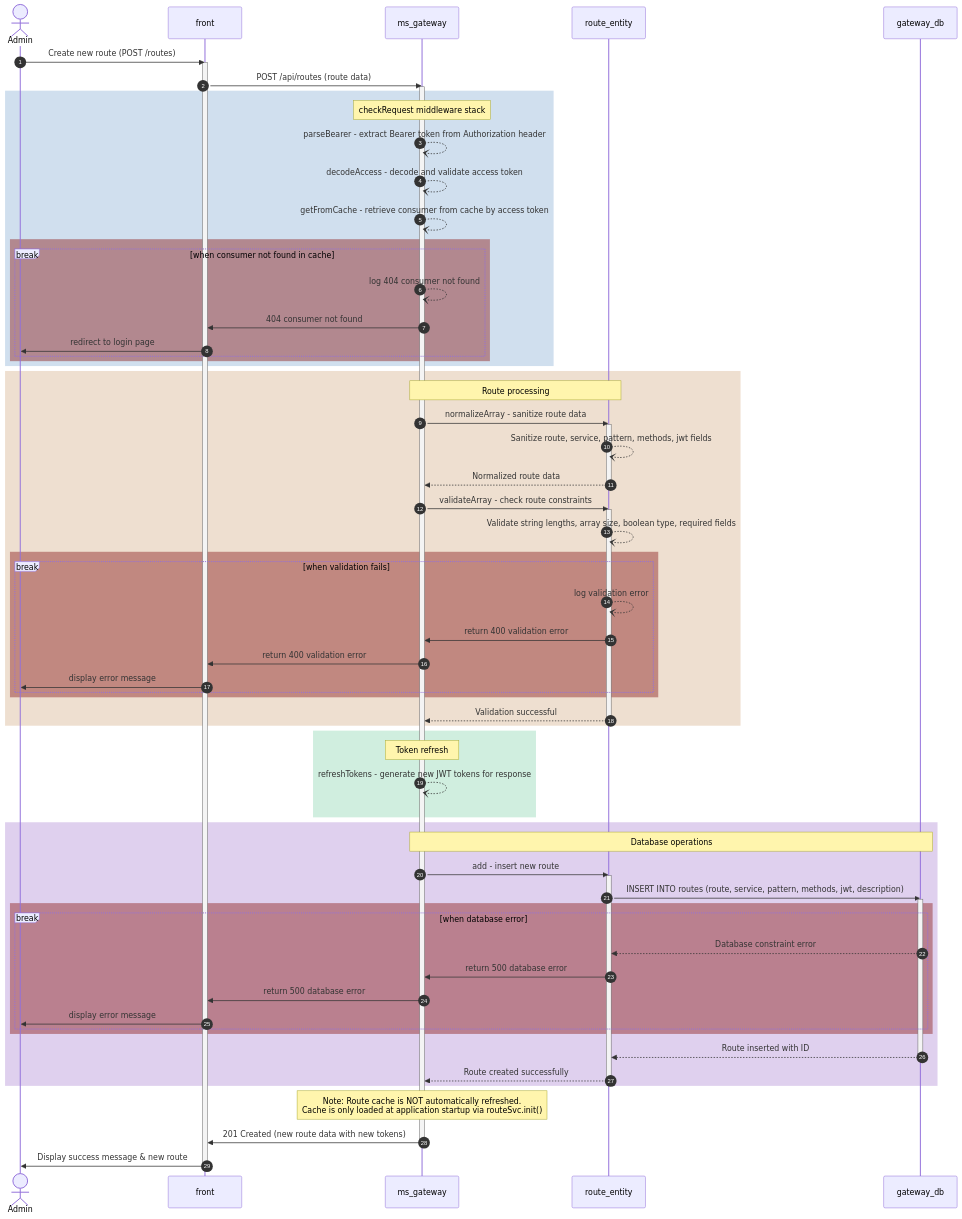
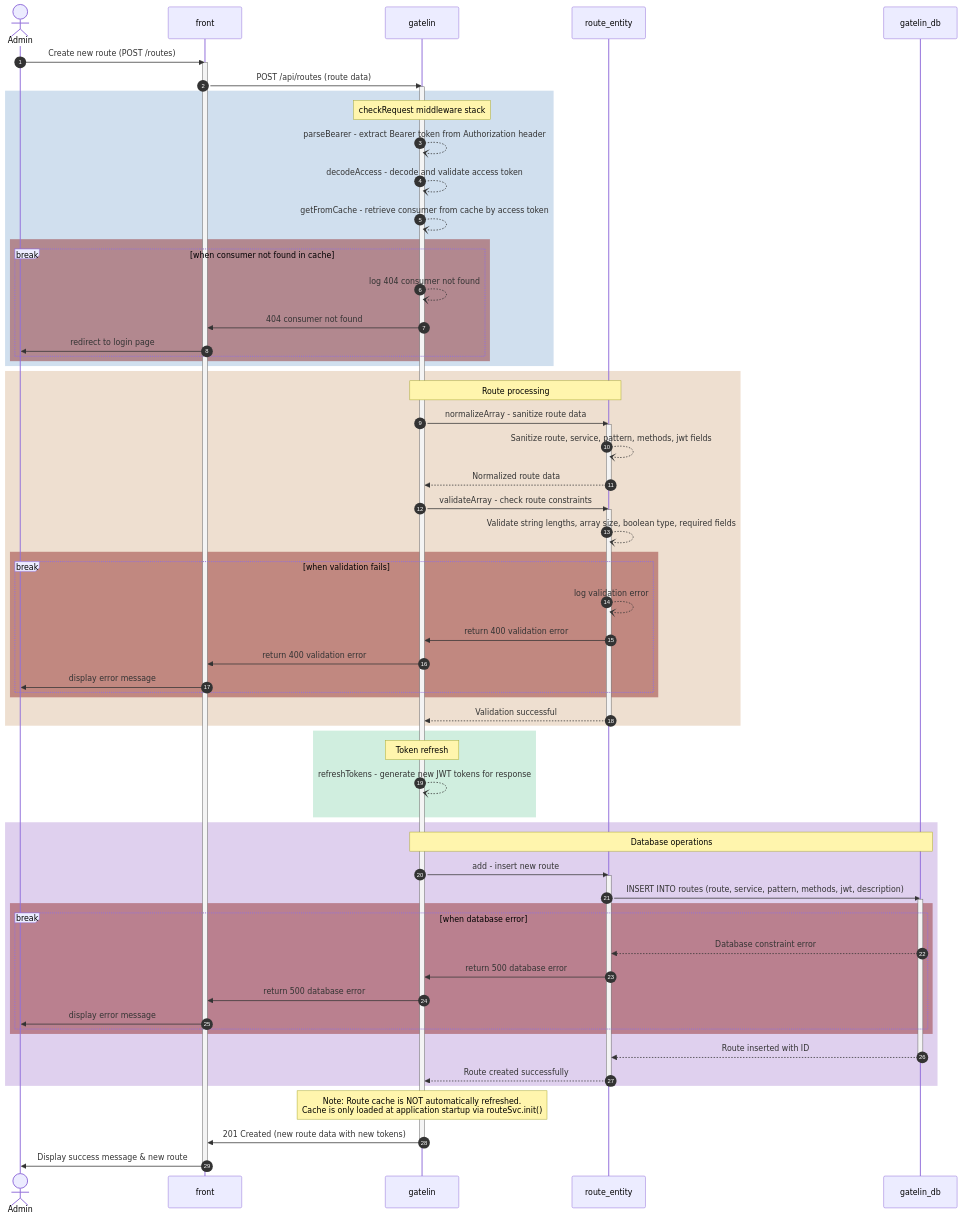
Before and after one commit to ALTEN-group/Gatelin: the diagram in doc/sd/route/create-route.sd.md, drawn with Mermaid. The commit also changed 356 other files, not shown here.

```diff
--- a/doc/sd/route/create-route.sd.md
+++ b/doc/sd/route/create-route.sd.md
@@ -7,9 +7,9 @@
   autonumber
   actor a as Admin
   participant f as front
-  participant gw as ms_gateway
+  participant gw as gatelin
   participant re as route_entity
-  participant gdb as gateway_db
+  participant gdb as gatelin_db
   
   a->>f: Create new route (POST /routes)
   activate f
```
